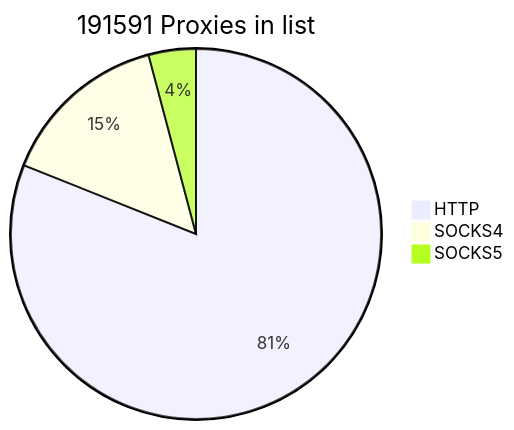
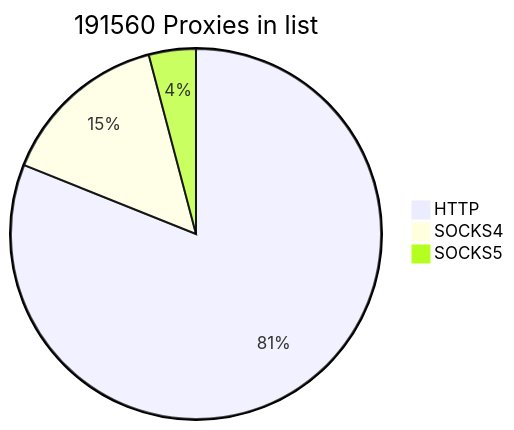
Before and after one commit to cutipu/proxylist: the first of 2 diagrams in README.md, drawn with Mermaid. The commit also changed other lines of this file, not shown here.

````diff
--- a/README.md
+++ b/README.md
@@ -2,7 +2,7 @@
 ```mermaid
-pie title 191591 Proxies in list
-    "HTTP" : 155288
-    "SOCKS4" : 28402
-    "SOCKS5" : 7901
+pie title 191560 Proxies in list
+    "HTTP" : 155294
+    "SOCKS4" : 28401
+    "SOCKS5" : 7865
             
 ```
````
